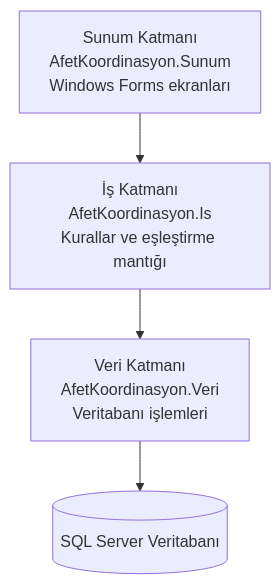
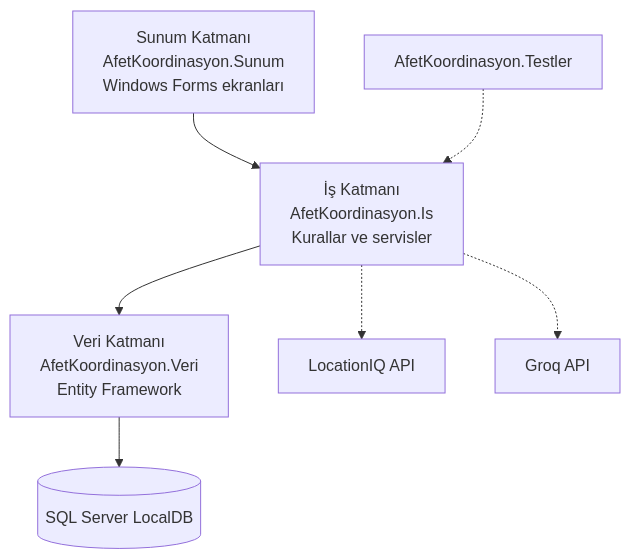
The diagram in README.md (sansarbeyzanurrana-afk/afet-gonullu-koordinasyon), drawn with Mermaid before and after one commit. The commit also changed other lines of this file and 17 other files, not shown here.

````diff
--- a/README.md
+++ b/README.md
@@ -21,6 +159,9 @@
 ```mermaid
 flowchart TD
-    A["Sunum Katmanı<br/>AfetKoordinasyon.Sunum<br/>Windows Forms ekranları"] --> B["İş Katmanı<br/>AfetKoordinasyon.Is<br/>Kurallar ve eşleştirme mantığı"]
-    B --> C["Veri Katmanı<br/>AfetKoordinasyon.Veri<br/>Veritabanı işlemleri"]
-    C --> D[("SQL Server Veritabanı")]
+    A["Sunum Katmanı<br/>AfetKoordinasyon.Sunum<br/>Windows Forms ekranları"] --> B["İş Katmanı<br/>AfetKoordinasyon.Is<br/>Kurallar ve servisler"]
+    B --> C["Veri Katmanı<br/>AfetKoordinasyon.Veri<br/>Entity Framework"]
+    C --> D[("SQL Server LocalDB")]
+    B -.-> E["LocationIQ API"]
+    B -.-> F["Groq API"]
+    T["AfetKoordinasyon.Testler"] -.-> B
 ```
````
